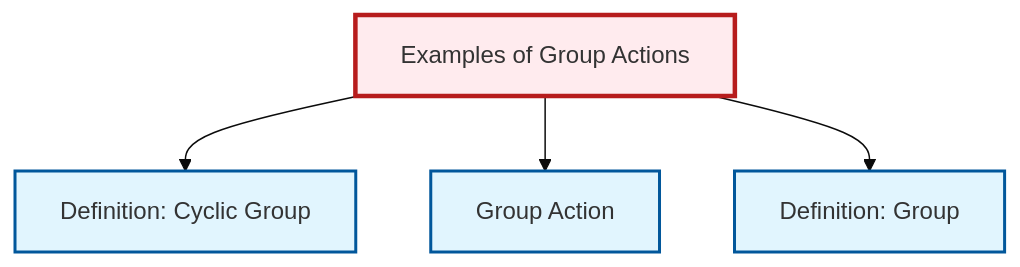
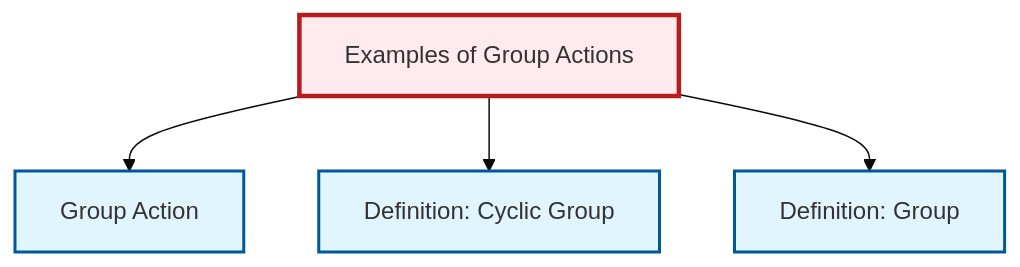
The diagram in content/ja/algebra/ex-group-action-examples.qmd (RK0429/ModernMath), drawn with Mermaid (base theme) before and after one commit. The commit also changed other lines of this file and 497 other files, not shown here.

````diff
--- a/content/ja/algebra/ex-group-action-examples.qmd
+++ b/content/ja/algebra/ex-group-action-examples.qmd
@@ -74,20 +74,20 @@
 ```{mermaid}
 %%| fig-cap: "Local dependency graph"
 graph TD
     classDef definition fill:#e1f5fe,stroke:#01579b,stroke-width:2px
     classDef theorem fill:#f3e5f5,stroke:#4a148c,stroke-width:2px
     classDef axiom fill:#fff3e0,stroke:#e65100,stroke-width:2px
     classDef example fill:#e8f5e9,stroke:#1b5e20,stroke-width:2px
     classDef current fill:#ffebee,stroke:#b71c1c,stroke-width:3px
     def-group-action["Group Action"]:::definition
     def-cyclic-group["Definition: Cyclic Group"]:::definition
     ex-group-action-examples["Examples of Group Actions"]:::example
     def-group["Definition: Group"]:::definition
+    ex-group-action-examples --> def-group-action
     ex-group-action-examples --> def-cyclic-group
-    ex-group-action-examples --> def-group-action
     ex-group-action-examples --> def-group
     class ex-group-action-examples current
     click def-group-action "def-group-action.html" "Group Actionへ"
     click def-cyclic-group "def-cyclic-group.html" "Definition: Cyclic Groupへ"
     click def-group "def-group.html" "Definition: Groupへ"
 ```
````
